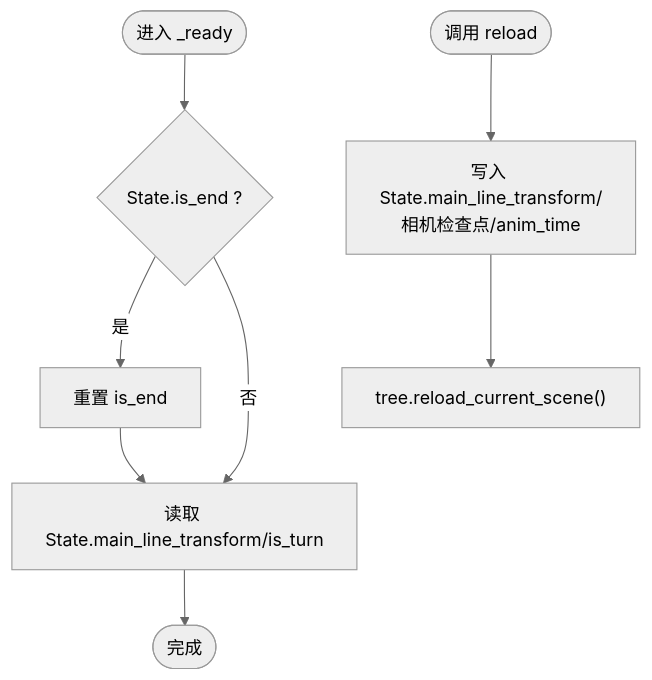
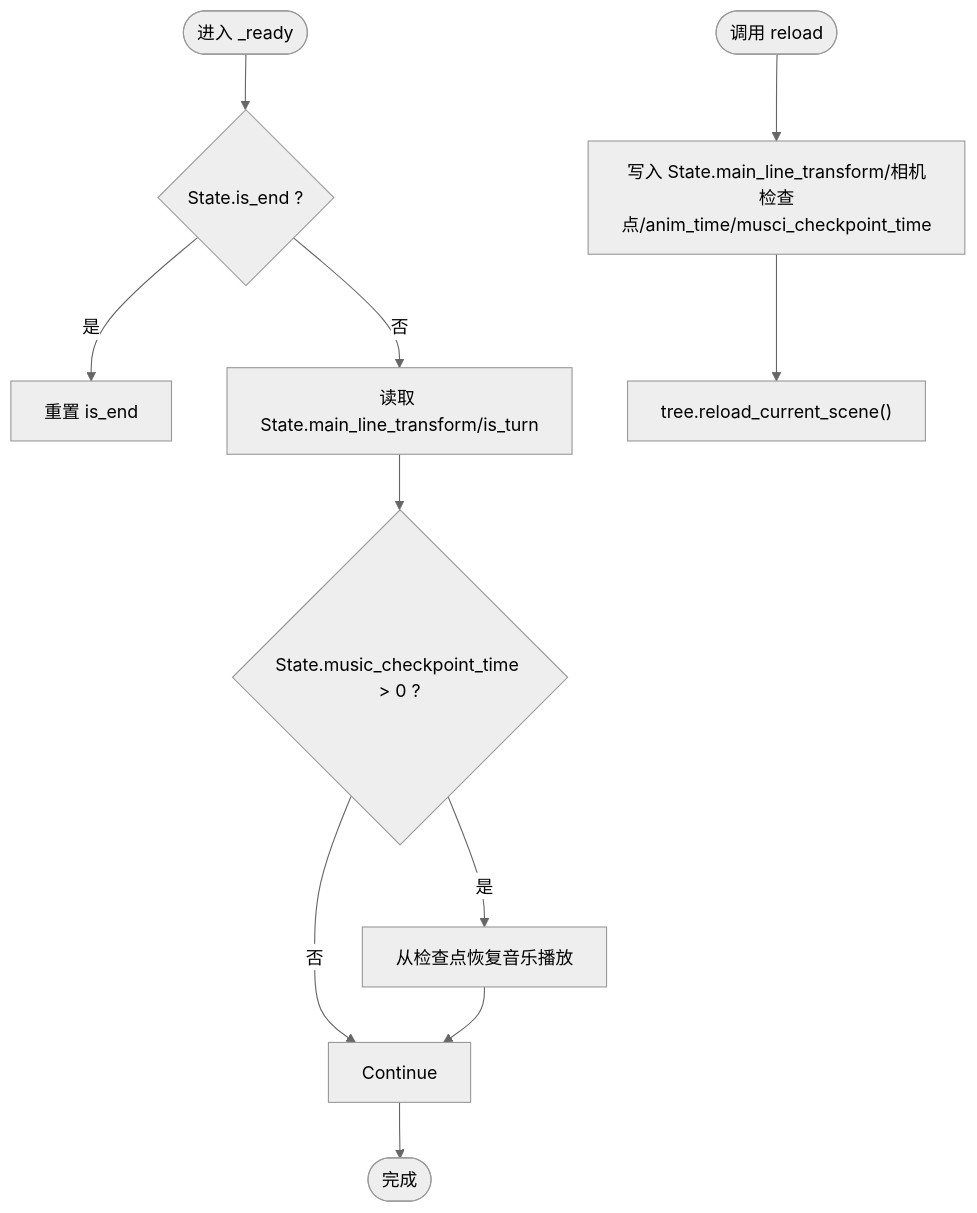
The fifth of 10 diagrams in .qoder/repowiki/zh/content/核心架构设计/设计模式应用/状态管理模式.md (godotline/godot-line), drawn with Mermaid (neutral theme) before and after one commit. The commit also changed other lines of this file and 18 other files, not shown here.

````diff
--- a/.qoder/repowiki/zh/content/核心架构设计/设计模式应用/状态管理模式.md
+++ b/.qoder/repowiki/zh/content/核心架构设计/设计模式应用/状态管理模式.md
@@ -181,10 +204,13 @@
 ```mermaid
 flowchart TD
 Start(["进入 _ready"]) --> CheckEnd{"State.is_end ?"}
 CheckEnd --> |是| ResetFlags["重置 is_end"]
 CheckEnd --> |否| LoadState["读取 State.main_line_transform/is_turn"]
-ResetFlags --> LoadState
-LoadState --> End(["完成"])
-Reload(["调用 reload"]) --> SaveState["写入 State.main_line_transform/相机检查点/anim_time"]
+LoadState --> MusicCheck{"State.music_checkpoint_time > 0 ?"}
+MusicCheck --> |是| ResumeMusic["从检查点恢复音乐播放"]
+MusicCheck --> |否| Continue
+ResumeMusic --> Continue
+Continue --> End(["完成"])
+Reload(["调用 reload"]) --> SaveState["写入 State.main_line_transform/相机检查点/anim_time/musci_checkpoint_time"]
 SaveState --> SceneReload["tree.reload_current_scene()"]
 ```
````
